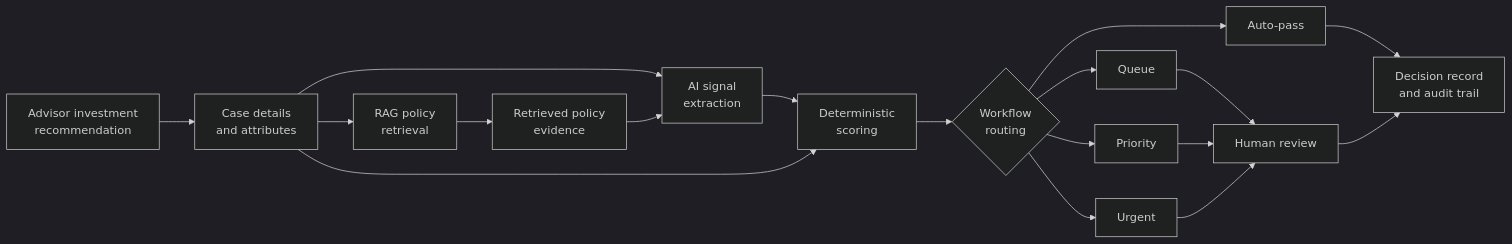
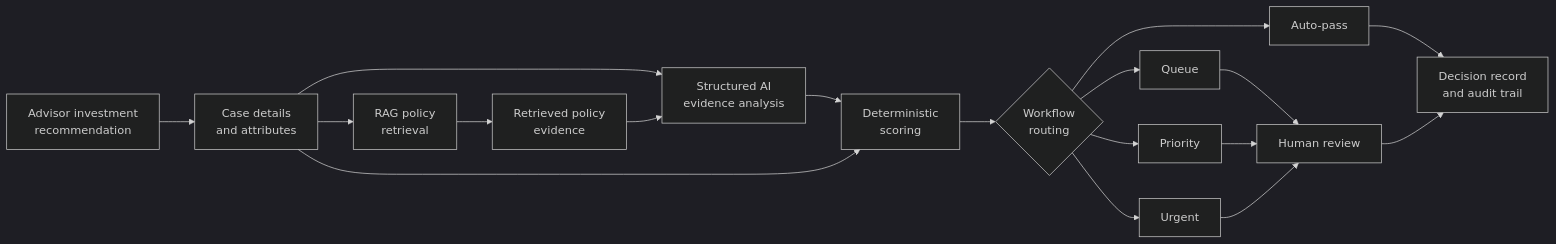
Before and after one commit to jjchau/ai-compliance-copilot: the diagram in README.md, drawn with Mermaid (dark theme). The commit also changed other lines of this file and 1 other file, not shown here.

````diff
--- a/README.md
+++ b/README.md
@@ -15,36 +17,36 @@
 ```mermaid
 flowchart LR
     A[Advisor investment
     recommendation]
     --> B[Case details
     and attributes]
 
     B --> C[RAG policy
     retrieval]
     C --> D[Retrieved policy
     evidence]
 
-    B --> E[AI signal
-    extraction]
+    B --> E[Structured AI
+    evidence analysis]
     D --> E
 
     E --> F[Deterministic
     scoring]
     B --> F
 
     F --> G{Workflow
     routing}
 
     G --> H[Auto-pass]
     G --> I[Queue]
     G --> J[Priority]
     G --> K[Urgent]
 
     I --> L[Human review]
     J --> L
     K --> L
 
     H --> M[Decision record
     and audit trail]
     L --> M
 ```
````
